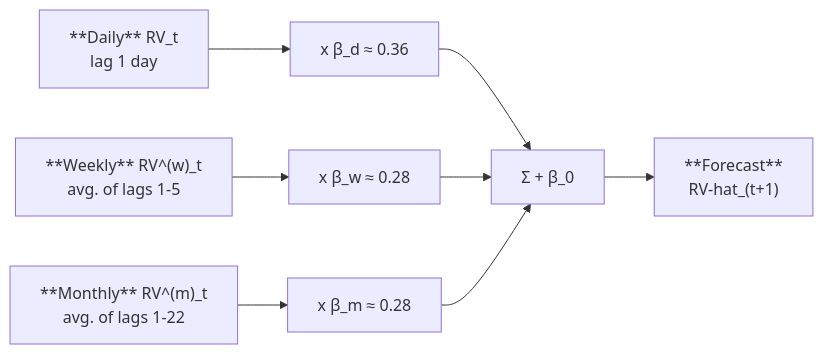
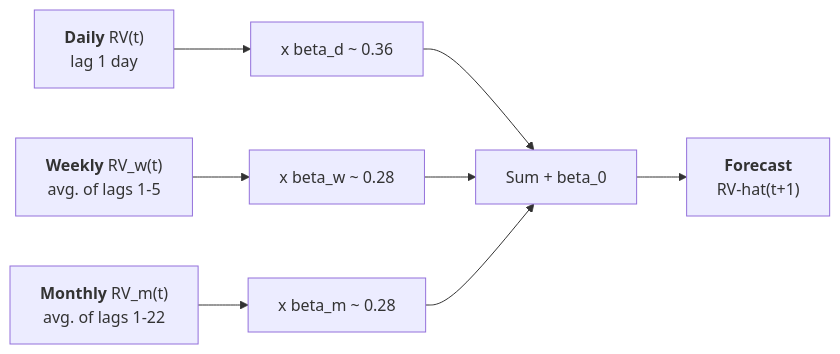
One commit to xRyann2255/ML-GS changed the second of 3 diagrams in vol-learning-guide/markdown/ch06-har-model.md. Above: the diagram before and after it, drawn with Mermaid. The commit also changed other lines of this file and 19 other files, not shown here.

````diff
--- a/vol-learning-guide/markdown/ch06-har-model.md
+++ b/vol-learning-guide/markdown/ch06-har-model.md
@@ -160,23 +136,16 @@
 ```mermaid
 flowchart LR
-    D["**Daily** RV_t\nlag 1 day"]
-    W["**Weekly** RV^(w)_t\navg. of lags 1-5"]
-    M["**Monthly** RV^(m)_t\navg. of lags 1-22"]
+    daily["<b>Daily</b> RV(t)<br/>lag 1 day"]
+    weekly["<b>Weekly</b> RV_w(t)<br/>avg. of lags 1-5"]
+    monthly["<b>Monthly</b> RV_m(t)<br/>avg. of lags 1-22"]
+    bd["x beta_d ~ 0.36"]
+    bw["x beta_w ~ 0.28"]
+    bm["x beta_m ~ 0.28"]
+    sum["Sum + beta_0"]
+    forecast["<b>Forecast</b><br/>RV-hat(t+1)"]
 
-    BD["x β_d ≈ 0.36"]
-    BW["x β_w ≈ 0.28"]
-    BM["x β_m ≈ 0.28"]
-
-    SUM["Σ + β_0"]
-    FC["**Forecast**\nRV-hat_(t+1)"]
-
-    D --> BD
-    W --> BW
-    M --> BM
-
-    BD --> SUM
-    BW --> SUM
-    BM --> SUM
-
-    SUM --> FC
+    daily --> bd --> sum
+    weekly --> bw --> sum
+    monthly --> bm --> sum
+    sum --> forecast
 ```
````
